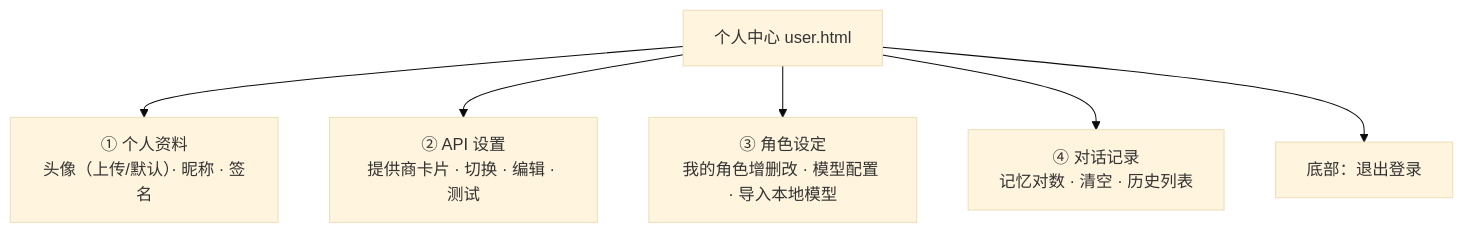
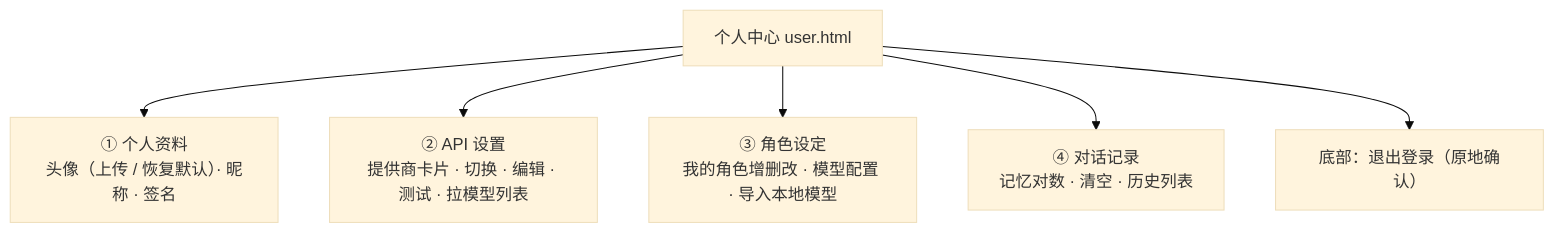
One commit to xiaoxingyuemiao/xingyue changed the ninth of 9 diagrams in docs/05-网站流程图.md. Above: the diagram before and after it, drawn with Mermaid (base theme). The commit also changed other lines of this file and 1 other file, not shown here.

Commit message:
文档同步：README 文件职责表更新（个人中心 / 登录模块 / 画廊等）；docs/05 流程图把登录注册与个人中心标记为已完成并写上实际交互细节

````diff
--- a/docs/05-网站流程图.md
+++ b/docs/05-网站流程图.md
@@ -271,8 +274,8 @@
 ```mermaid
 flowchart TD
-    U["个人中心 user.html"] --> S1["① 个人资料<br/>头像（上传/默认）· 昵称 · 签名"]
-    U --> S2["② API 设置<br/>提供商卡片 · 切换 · 编辑 · 测试"]
+    U["个人中心 user.html"] --> S1["① 个人资料<br/>头像（上传 / 恢复默认）· 昵称 · 签名"]
+    U --> S2["② API 设置<br/>提供商卡片 · 切换 · 编辑 · 测试 · 拉模型列表"]
     U --> S3["③ 角色设定<br/>我的角色增删改 · 模型配置 · 导入本地模型"]
     U --> S4["④ 对话记录<br/>记忆对数 · 清空 · 历史列表"]
-    U --> S5["底部：退出登录"]
+    U --> S5["底部：退出登录（原地确认）"]
 ```
````
